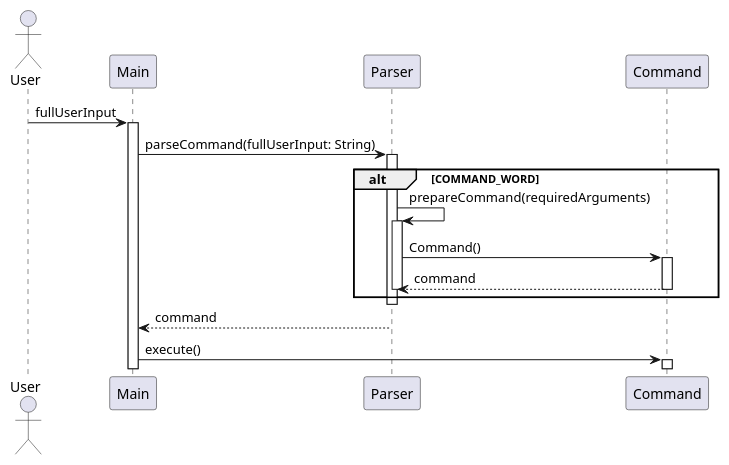
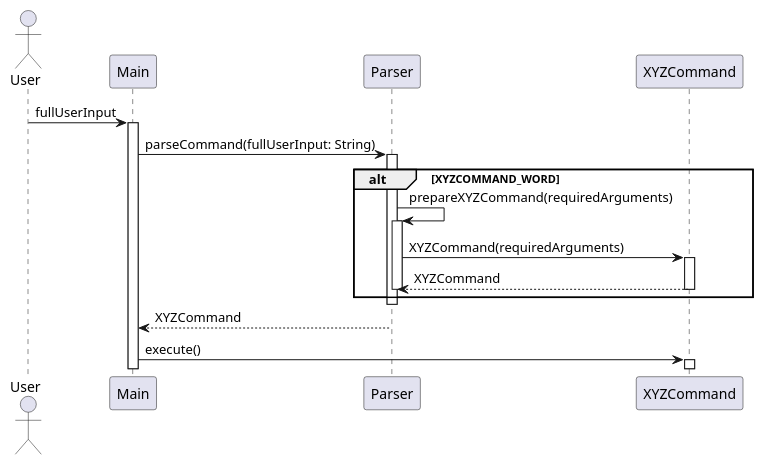
The diagram in docs/diagrams/sequence/Parser.puml (nus-cs2113-AY2324S1/tp), drawn with PlantUML before and after one commit.

Commit message:
Add more details to Parser sequence diagram

```diff
--- a/docs/diagrams/sequence/Parser.puml
+++ b/docs/diagrams/sequence/Parser.puml
@@ -1,26 +1,26 @@
 @startuml
 'https://plantuml.com/sequence-diagram
 
 actor User
 
 User -> Main: fullUserInput
 activate Main
 Main -> Parser: parseCommand(fullUserInput: String)
 activate Parser
 
-alt COMMAND_WORD
-Parser -> Parser: prepareCommand(requiredArguments)
+alt XYZCOMMAND_WORD
+Parser -> Parser: prepareXYZCommand(requiredArguments)
 activate Parser
-Parser -> Command: Command()
-activate Command
-Command --> Parser: command
-deactivate Command
+Parser -> XYZCommand: XYZCommand(requiredArguments)
+activate XYZCommand
+XYZCommand --> Parser: XYZCommand
+deactivate XYZCommand
 deactivate Parser
 end alt
 
 deactivate Parser
 
-Parser --> Main: command
-Main -> Command: execute()
-activate Command
+Parser --> Main: XYZCommand
+Main -> XYZCommand: execute()
+activate XYZCommand
 @enduml
```
